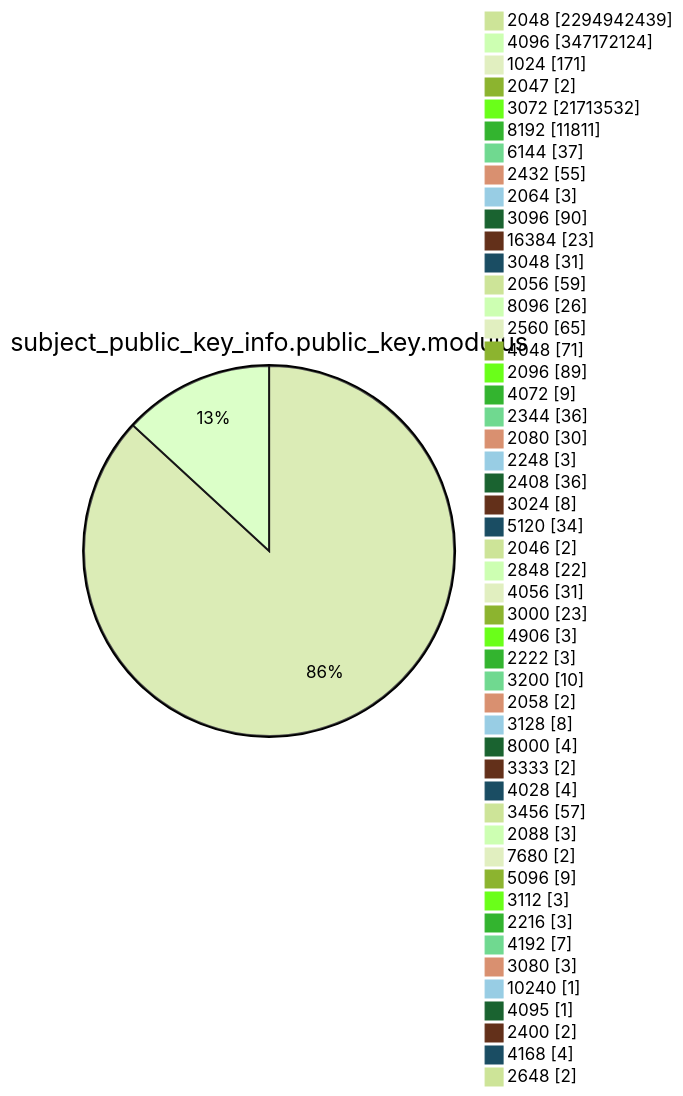
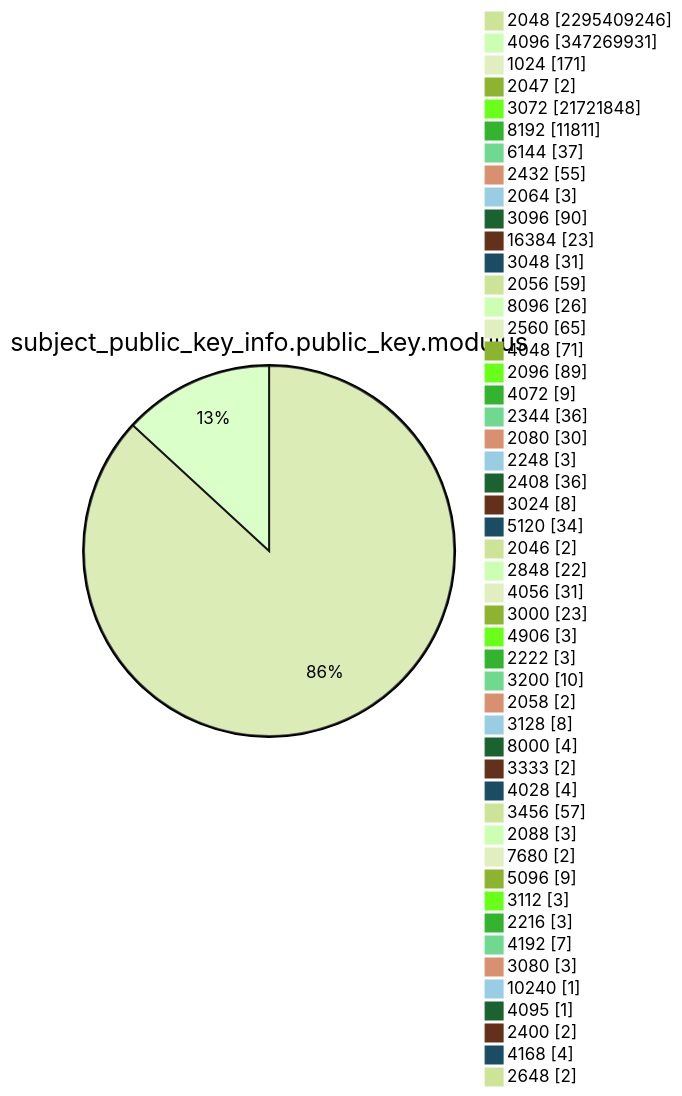
Diagram 13 of 15 in TOTAL/README.md (christiankrug/ctmonitor_visualization), drawn with Mermaid (forest theme) before and after one commit. The commit also changed other lines of this file, not shown here.

````diff
--- a/TOTAL/README.md
+++ b/TOTAL/README.md
@@ -4167,53 +4167,53 @@
 ```mermaid
 pie showData
 title subject_public_key_info.public_key.modulus
-"2048" :2294942439
-"4096" :347172124
+"2048" :2295409246
+"4096" :347269931
 "1024" :171
 "2047" :2
-"3072" :21713532
+"3072" :21721848
 "8192" :11811
 "6144" :37
 "2432" :55
 "2064" :3
 "3096" :90
 "16384" :23
 "3048" :31
 "2056" :59
 "8096" :26
 "2560" :65
 "4048" :71
 "2096" :89
 "4072" :9
 "2344" :36
 "2080" :30
 "2248" :3
 "2408" :36
 "3024" :8
 "5120" :34
 "2046" :2
 "2848" :22
 "4056" :31
 "3000" :23
 "4906" :3
 "2222" :3
 "3200" :10
 "2058" :2
 "3128" :8
 "8000" :4
 "3333" :2
 "4028" :4
 "3456" :57
 "2088" :3
 "7680" :2
 "5096" :9
 "3112" :3
 "2216" :3
 "4192" :7
 "3080" :3
 "10240" :1
 "4095" :1
 "2400" :2
 "4168" :4
 "2648" :2
 ```
````
